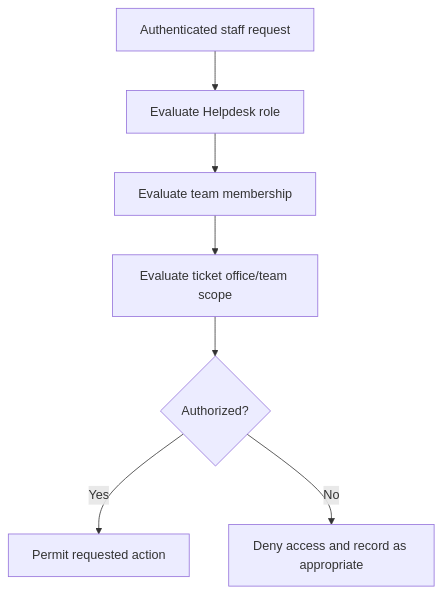
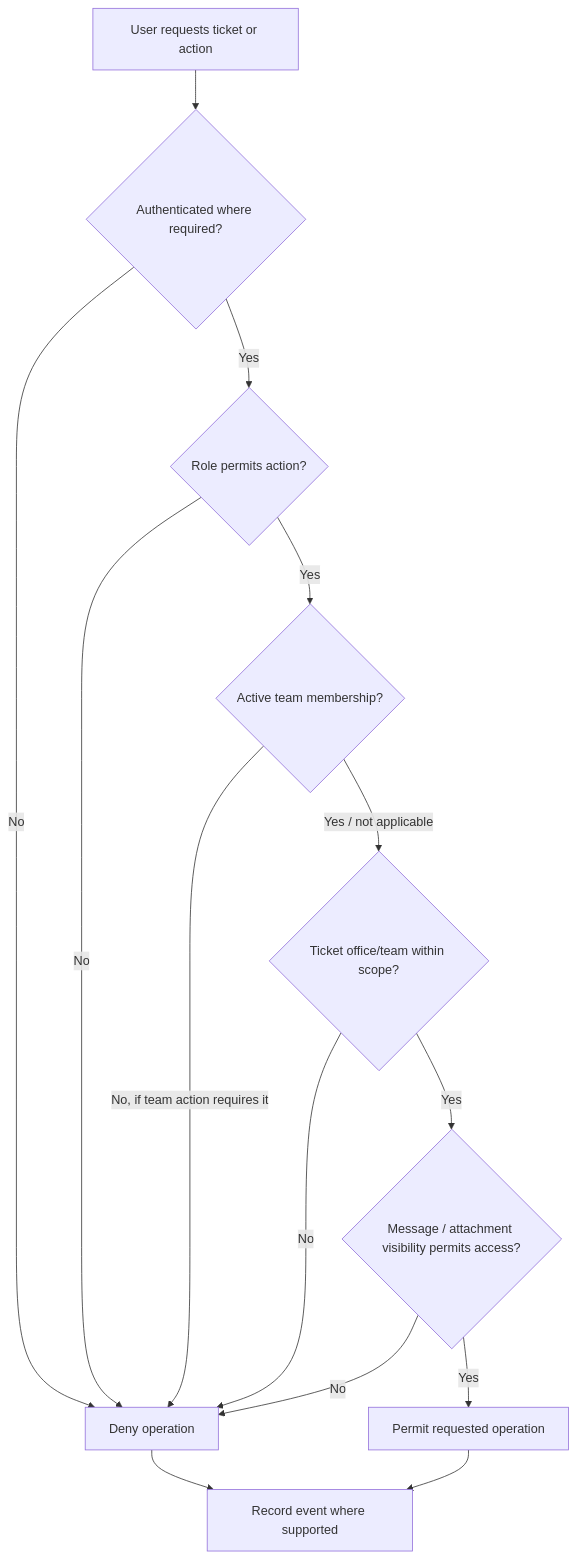
The eighth of 9 diagrams in docs/architecture.md (AgeReapor/cbsua-helpdesk-app), drawn with Mermaid before and after one commit. The commit also changed other lines of this file, not shown here.

Commit message:
docs(architecture): restore C4 and UML domain diagrams

````diff
--- a/docs/architecture.md
+++ b/docs/architecture.md
@@ -210,14 +482,26 @@
-```mermaid
+~~~mermaid
 flowchart TD
-    Request["Authenticated staff request"]
-    Role["Evaluate Helpdesk role"]
-    Team["Evaluate team membership"]
-    Scope["Evaluate ticket office/team scope"]
-    Allowed{"Authorized?"}
-    Permit["Permit requested action"]
-    Deny["Deny access and record as appropriate"]
+    Start["User requests ticket or action"]
+    Authn{"Authenticated where required?"}
+    Role{"Role permits action?"}
+    Membership{"Active team membership?"}
+    Scope{"Ticket office/team within scope?"}
+    Visibility{"Message / attachment visibility permits access?"}
+    Permit["Permit requested operation"]
+    Deny["Deny operation"]
+    Audit["Record event where supported"]
 
-    Request --> Role --> Team --> Scope --> Allowed
-    Allowed -->|"Yes"| Permit
-    Allowed -->|"No"| Deny
-```
+    Start --> Authn
+    Authn -->|"No"| Deny
+    Authn -->|"Yes"| Role
+    Role -->|"No"| Deny
+    Role -->|"Yes"| Membership
+    Membership -->|"No, if team action requires it"| Deny
+    Membership -->|"Yes / not applicable"| Scope
+    Scope -->|"No"| Deny
+    Scope -->|"Yes"| Visibility
+    Visibility -->|"No"| Deny
+    Visibility -->|"Yes"| Permit
+    Permit --> Audit
+    Deny --> Audit
+~~~
````
